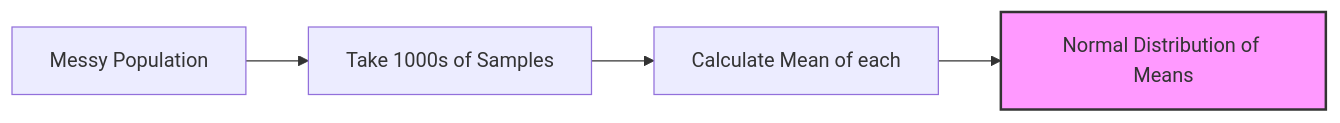
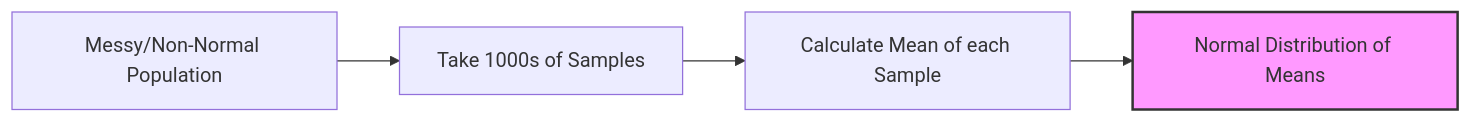
Before and after one commit to susanavenda/data_cambridge: the tenth of 12 diagrams in README.md, drawn with Mermaid. The commit also changed other lines of this file, not shown here.

````diff
--- a/README.md
+++ b/README.md
@@ -223,8 +204,8 @@
 ```mermaid
 graph LR
-    Pop[Messy Population] --> Samples[Take 1000s of Samples]
-    Samples --> Means[Calculate Mean of each]
+    Pop[Messy/Non-Normal Population] --> Samples[Take 1000s of Samples]
+    Samples --> Means[Calculate Mean of each Sample]
     Means --> Dist[Normal Distribution of Means]
     style Dist fill:#f9f,stroke:#333,stroke-width:2px
 
 ```
````
